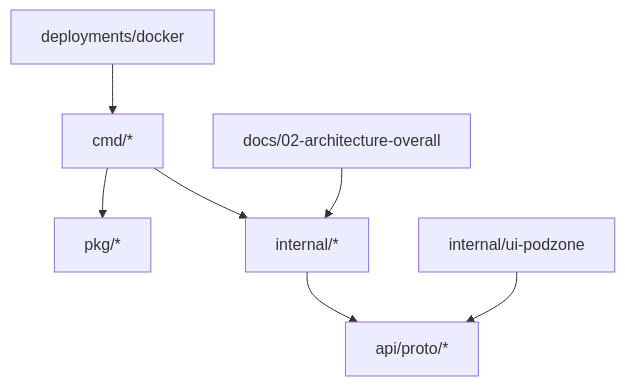
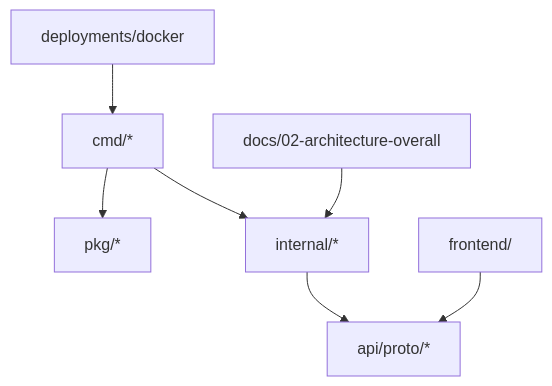
Before and after one commit to tuannm99/podzone: the first of 3 diagrams in docs/03-architecture-detail-design/04-code-map.md, drawn with Mermaid. The commit also changed 21 other files, not shown here.

````diff
--- a/docs/03-architecture-detail-design/04-code-map.md
+++ b/docs/03-architecture-detail-design/04-code-map.md
@@ -5,17 +5,17 @@
 ```mermaid
 flowchart TB
     Cmd["cmd/*"]
     Internal["internal/*"]
     Pkg["pkg/*"]
     Proto["api/proto/*"]
-    UI["internal/ui-podzone"]
+    UI["frontend/"]
     Docs["docs/02-architecture-overall"]
     Deploy["deployments/docker"]
 
     Cmd --> Internal
     Cmd --> Pkg
     Internal --> Proto
     UI --> Proto
     Docs --> Internal
     Deploy --> Cmd
 ```
````
